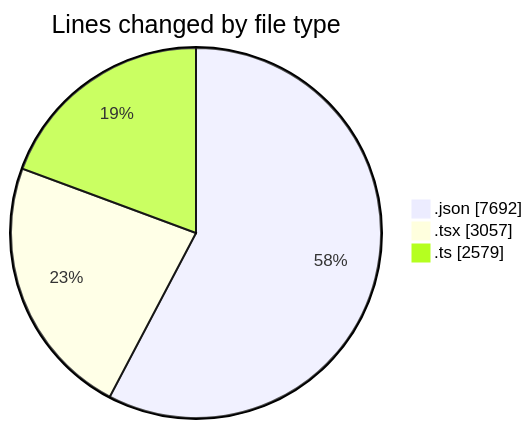
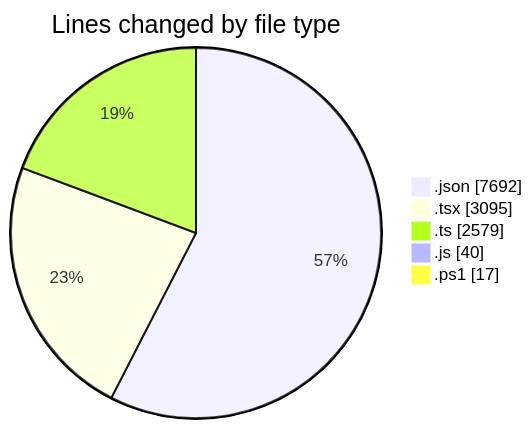
The first of 2 diagrams in 2025-06-10/ecodeli-1/README.md (CELIANVF/code-tracking), drawn with Mermaid before and after one commit. The commit also changed other lines of this file and 1 other file, not shown here.

````diff
--- a/2025-06-10/ecodeli-1/README.md
+++ b/2025-06-10/ecodeli-1/README.md
@@ -36,7 +39,9 @@
 ```mermaid
 pie showData
 title Lines changed by file type
 ".json" : 7692
-".tsx" : 3057
+".tsx" : 3095
 ".ts" : 2579
+".js" : 40
+".ps1" : 17
 ```
````
